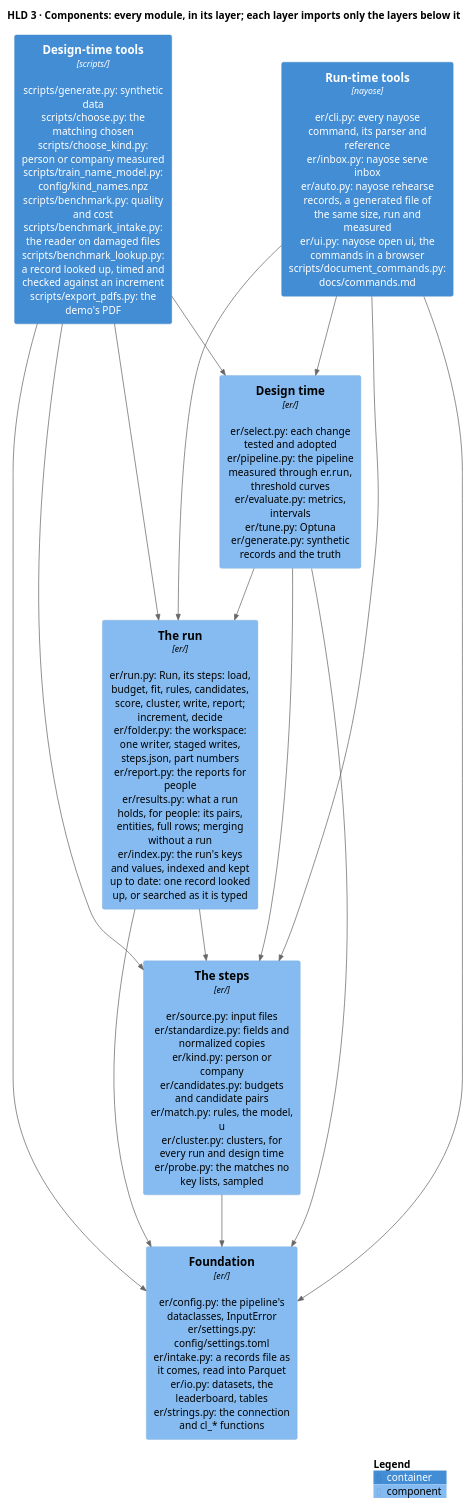
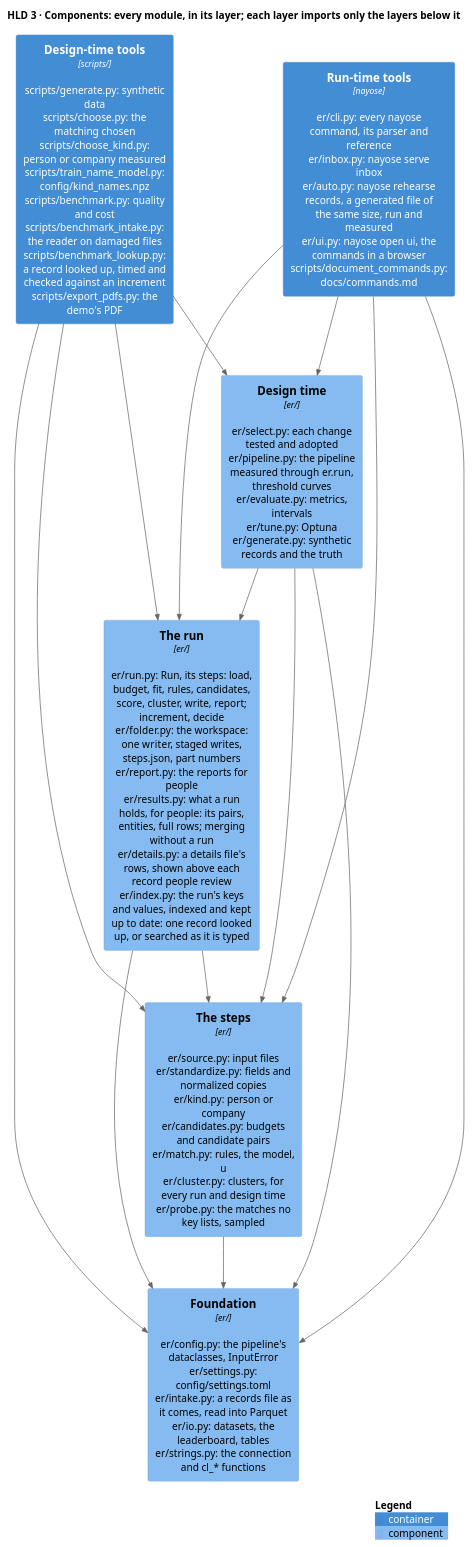
The diagram in docs/diagrams/components.puml (mvsbm/entity_matching), drawn with PlantUML before and after one commit. The commit also changed 9 other files, not shown here.

First line of the commit message:
A details file shown above each record people review: load details, set details, show details

```diff
--- a/docs/diagrams/components.puml
+++ b/docs/diagrams/components.puml
@@ -1,31 +1,31 @@
 @startuml components
 !include <C4/C4_Component>
 LAYOUT_TOP_DOWN()
 HIDE_STEREOTYPE()
 title HLD 3 · Components: every module, in its layer; each layer imports only the layers below it
 
 Container(tools_run, "Run-time tools", "nayose", "er/cli.py: every nayose command, its parser and reference\ner/inbox.py: nayose serve inbox\ner/auto.py: nayose rehearse records, a generated file of the same size, run and measured\ner/ui.py: nayose open ui, the commands in a browser\nscripts/document_commands.py: docs/commands.md")
 Container(tools_design, "Design-time tools", "scripts/", "scripts/generate.py: synthetic data\nscripts/choose.py: the matching chosen\nscripts/choose_kind.py: person or company measured\nscripts/train_name_model.py: config/kind_names.npz\nscripts/benchmark.py: quality and cost\nscripts/benchmark_intake.py: the reader on damaged files\nscripts/benchmark_lookup.py: a record looked up, timed and checked against an increment\nscripts/export_pdfs.py: the demo's PDF")
 
-Component(run, "The run", "er/", "er/run.py: Run, its steps: load, budget, fit, rules, candidates, score, cluster, write, report; increment, decide\ner/folder.py: the workspace: one writer, staged writes, steps.json, part numbers\ner/report.py: the reports for people\ner/results.py: what a run holds, for people: its pairs, entities, full rows; merging without a run\ner/index.py: the run's keys and values, indexed and kept up to date: one record looked up, or searched as it is typed")
+Component(run, "The run", "er/", "er/run.py: Run, its steps: load, budget, fit, rules, candidates, score, cluster, write, report; increment, decide\ner/folder.py: the workspace: one writer, staged writes, steps.json, part numbers\ner/report.py: the reports for people\ner/results.py: what a run holds, for people: its pairs, entities, full rows; merging without a run\ner/details.py: a details file's rows, shown above each record people review\ner/index.py: the run's keys and values, indexed and kept up to date: one record looked up, or searched as it is typed")
 Component(design, "Design time", "er/", "er/select.py: each change tested and adopted\ner/pipeline.py: the pipeline measured through er.run, threshold curves\ner/evaluate.py: metrics, intervals\ner/tune.py: Optuna\ner/generate.py: synthetic records and the truth")
 Component(steps, "The steps", "er/", "er/source.py: input files\ner/standardize.py: fields and normalized copies\ner/kind.py: person or company\ner/candidates.py: budgets and candidate pairs\ner/match.py: rules, the model, u\ner/cluster.py: clusters, for every run and design time\ner/probe.py: the matches no key lists, sampled")
 Component(configuration, "Foundation", "er/", "er/config.py: the pipeline's dataclasses, InputError\ner/settings.py: config/settings.toml\ner/intake.py: a records file as it comes, read into Parquet\ner/io.py: datasets, the leaderboard, tables\ner/strings.py: the connection and cl_* functions")
 
 Rel_D(tools_run, run, "")
 Rel_D(tools_run, steps, "")
 Rel_D(tools_run, configuration, "")
 Rel_D(tools_run, design, "")
 Rel_D(tools_design, run, "")
 Rel_D(tools_design, design, "")
 Rel_D(tools_design, steps, "")
 Rel_D(tools_design, configuration, "")
 Rel_D(run, steps, "")
 Rel_D(run, configuration, "")
 Rel_D(design, run, "")
 Rel_D(design, steps, "")
 Rel_D(design, configuration, "")
 Rel_D(steps, configuration, "")
 
 SHOW_LEGEND()
 @enduml
```
